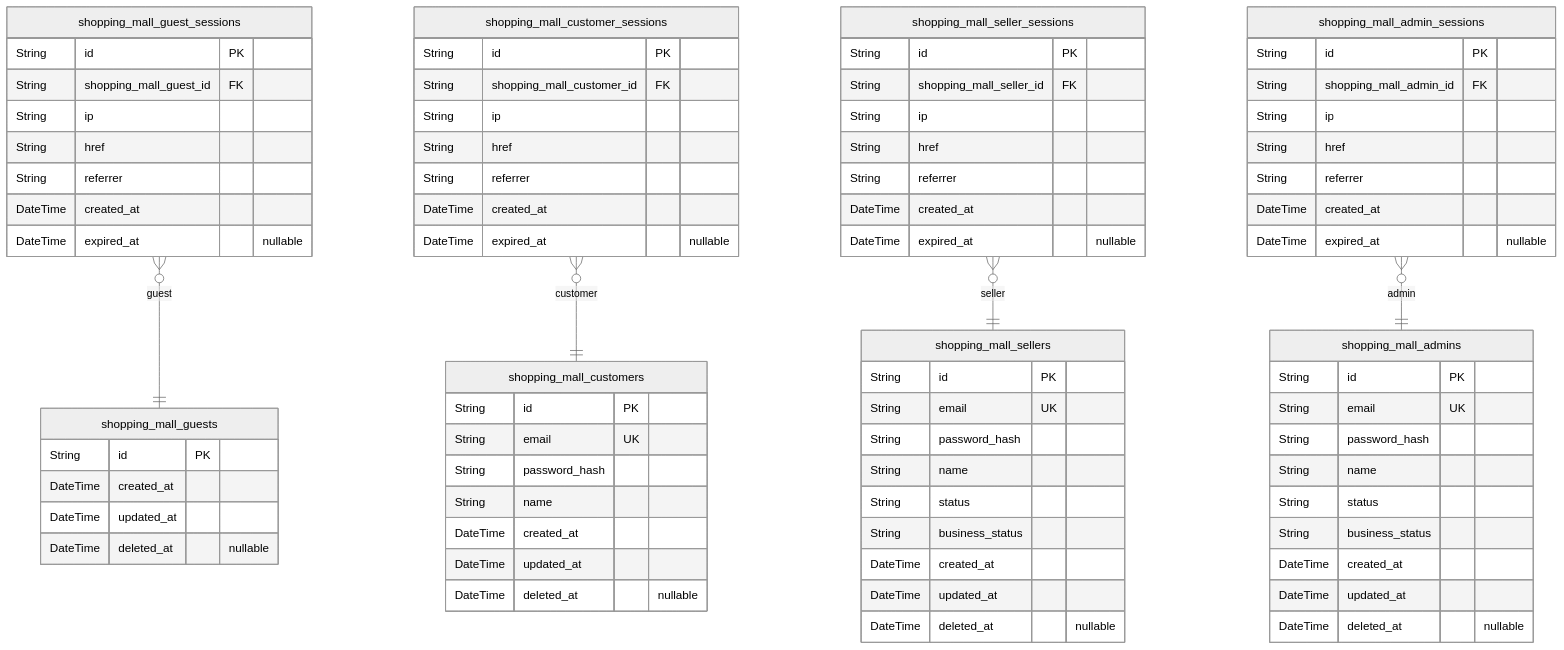
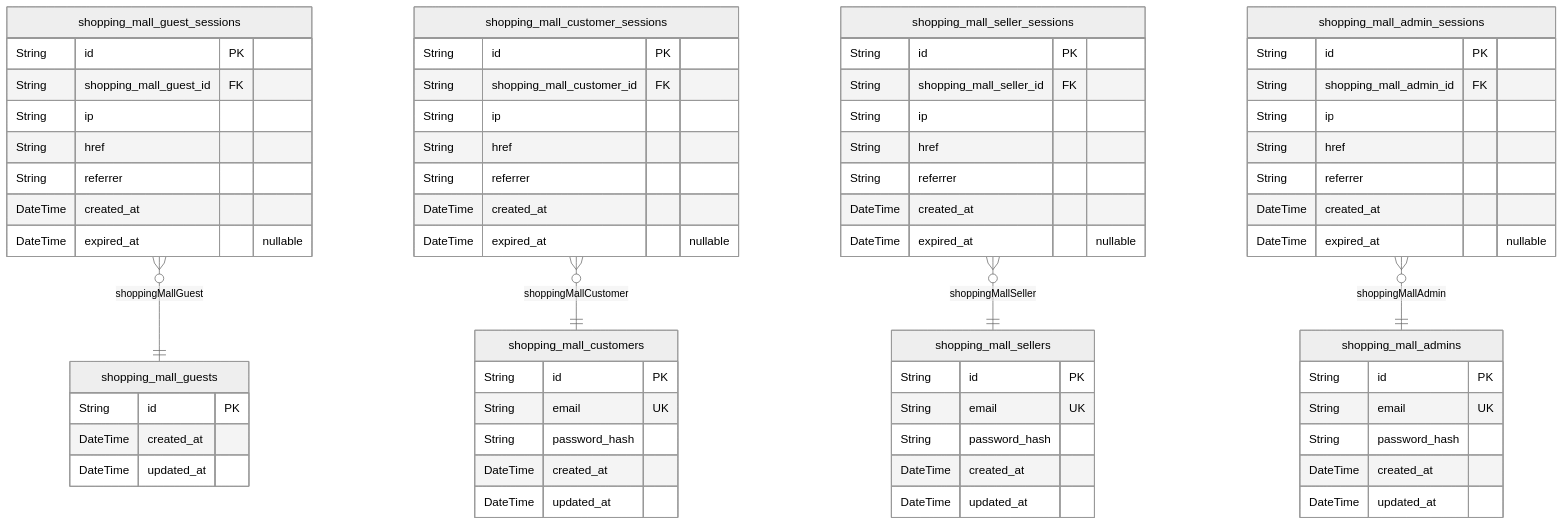
One commit to wrtnlabs/autobe-examples changed the second of 10 diagrams in openai/gpt-4.1-mini/shopping/docs/ERD.md. Above: the diagram before and after it, drawn with Mermaid (neutral theme). The commit also changed other lines of this file and 1553 other files, not shown here.

````diff
--- a/openai/gpt-4.1-mini/shopping/docs/ERD.md
+++ b/openai/gpt-4.1-mini/shopping/docs/ERD.md
@@ -159,80 +120,69 @@
 ```mermaid
 erDiagram
 "shopping_mall_guests" {
   String id PK
   DateTime created_at
   DateTime updated_at
-  DateTime deleted_at "nullable"
+}
+"shopping_mall_customers" {
+  String id PK
+  String email UK
+  String password_hash
+  DateTime created_at
+  DateTime updated_at
+}
+"shopping_mall_sellers" {
+  String id PK
+  String email UK
+  String password_hash
+  DateTime created_at
+  DateTime updated_at
+}
+"shopping_mall_admins" {
+  String id PK
+  String email UK
+  String password_hash
+  DateTime created_at
+  DateTime updated_at
 }
 "shopping_mall_guest_sessions" {
   String id PK
   String shopping_mall_guest_id FK
   String ip
   String href
   String referrer
   DateTime created_at
   DateTime expired_at "nullable"
 }
-"shopping_mall_customers" {
-  String id PK
-  String email UK
-  String password_hash
-  String name
-  DateTime created_at
-  DateTime updated_at
-  DateTime deleted_at "nullable"
-}
 "shopping_mall_customer_sessions" {
   String id PK
   String shopping_mall_customer_id FK
   String ip
   String href
   String referrer
   DateTime created_at
   DateTime expired_at "nullable"
-}
-"shopping_mall_sellers" {
-  String id PK
-  String email UK
-  String password_hash
-  String name
-  String status
-  String business_status
-  DateTime created_at
-  DateTime updated_at
-  DateTime deleted_at "nullable"
 }
 "shopping_mall_seller_sessions" {
   String id PK
   String shopping_mall_seller_id FK
   String ip
   String href
   String referrer
   DateTime created_at
   DateTime expired_at "nullable"
 }
-"shopping_mall_admins" {
-  String id PK
-  String email UK
-  String password_hash
-  String name
-  String status
-  String business_status
-  DateTime created_at
-  DateTime updated_at
-  DateTime deleted_at "nullable"
-}
 "shopping_mall_admin_sessions" {
   String id PK
   String shopping_mall_admin_id FK
   String ip
   String href
   String referrer
   DateTime created_at
   DateTime expired_at "nullable"
 }
-"shopping_mall_guest_sessions" }o--|| "shopping_mall_guests" : guest
-"shopping_mall_customer_sessions" }o--|| "shopping_mall_customers" : customer
-"shopping_mall_seller_sessions" }o--|| "shopping_mall_sellers" : seller
-"shopping_mall_admin_sessions" }o--|| "shopping_mall_admins" : admin
+"shopping_mall_guest_sessions" }o--|| "shopping_mall_guests" : shoppingMallGuest
+"shopping_mall_customer_sessions" }o--|| "shopping_mall_customers" : shoppingMallCustomer
+"shopping_mall_seller_sessions" }o--|| "shopping_mall_sellers" : shoppingMallSeller
+"shopping_mall_admin_sessions" }o--|| "shopping_mall_admins" : shoppingMallAdmin
 ```
````
